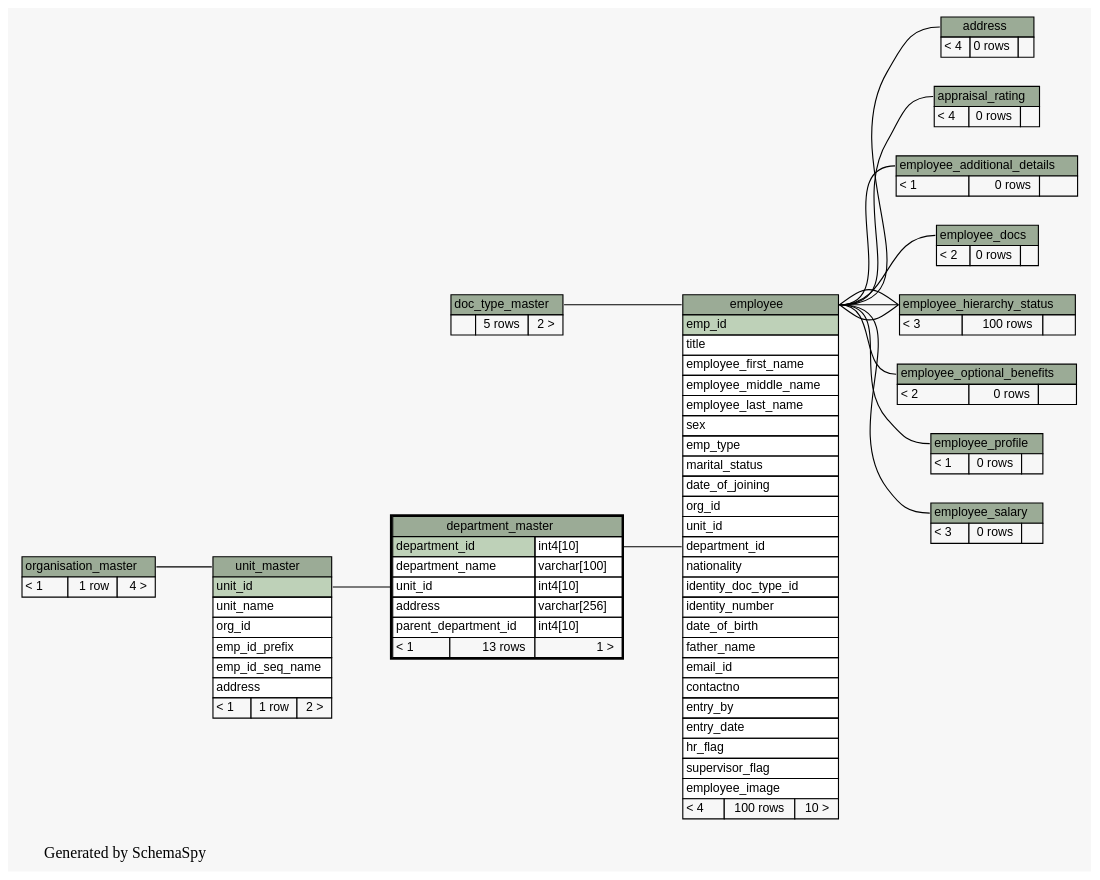
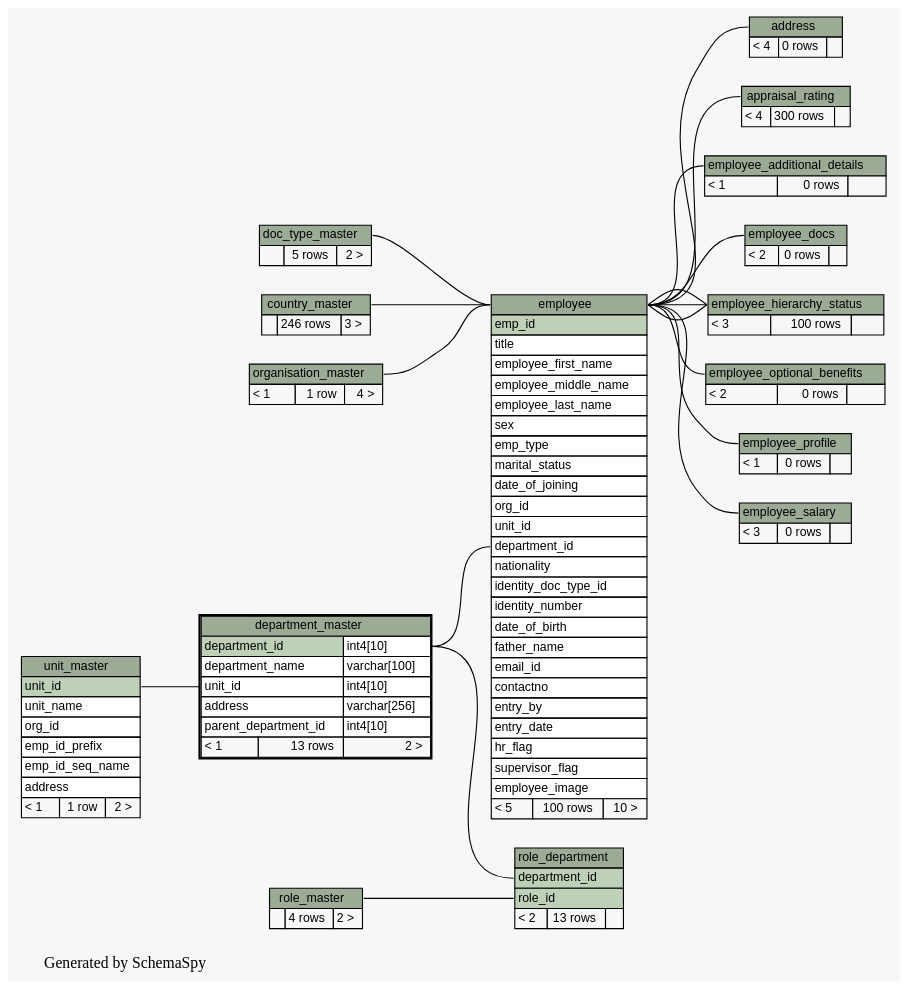
One commit to engineerscraft/hrms changed the diagram in docs/database/schemaspy/graphs/department_master.2degrees.dot. Above: the diagram before and after it, drawn with Graphviz. The commit also changed 204 other files, not shown here.

```diff
--- a/docs/database/schemaspy/graphs/department_master.2degrees.dot
+++ b/docs/database/schemaspy/graphs/department_master.2degrees.dot
@@ -19,15 +19,18 @@
   "department_master":"unit_id":w -> "unit_master":"unit_id":e [arrowtail=crowodot arrowhead=none];
   "employee":"department_id":w -> "department_master":"department_id.type":e [arrowtail=crowodot arrowhead=none];
   "employee":"employee.heading":w -> "doc_type_master":"doc_type_master.heading":e [arrowtail=crowodot arrowhead=none];
+  "employee":"employee.heading":w -> "country_master":"country_master.heading":e [arrowtail=crowodot arrowhead=none];
+  "employee":"employee.heading":w -> "organisation_master":"organisation_master.heading":e [arrowtail=crowodot arrowhead=none];
   "employee_additional_details":"employee_additional_details.heading":w -> "employee":"employee.heading":e [arrowtail=tee arrowhead=none];
-  "employee_docs":"employee_docs.heading":w -> "employee":"employee.heading":e [arrowtail=crowtee arrowhead=none];
+  "employee_docs":"employee_docs.heading":w -> "employee":"employee.heading":e [arrowtail=crowodot arrowhead=none];
   "employee_hierarchy_status":"employee_hierarchy_status.heading":w -> "employee":"employee.heading":e [arrowtail=tee arrowhead=none];
   "employee_hierarchy_status":"employee_hierarchy_status.heading":w -> "employee":"employee.heading":e [arrowtail=crowodot arrowhead=none];
   "employee_hierarchy_status":"employee_hierarchy_status.heading":w -> "employee":"employee.heading":e [arrowtail=crowodot arrowhead=none];
   "employee_optional_benefits":"employee_optional_benefits.heading":w -> "employee":"employee.heading":e [arrowtail=crowodot arrowhead=none];
   "employee_profile":"employee_profile.heading":w -> "employee":"employee.heading":e [arrowtail=tee arrowhead=none];
   "employee_salary":"employee_salary.heading":w -> "employee":"employee.heading":e [arrowtail=crowtee arrowhead=none];
-  "unit_master":"unit_master.heading":w -> "organisation_master":"organisation_master.heading":e [arrowtail=crowodot arrowhead=none];
+  "role_department":"department_id":w -> "department_master":"department_id.type":e [arrowtail=crowtee arrowhead=none];
+  "role_department":"role_id":w -> "role_master":"role_master.heading":e [arrowtail=crowtee arrowhead=none];
   "address" [
     label=<
     <TABLE BORDER="0" CELLBORDER="1" CELLSPACING="0" BGCOLOR="#ffffff">
@@ -41,10 +44,19 @@
     label=<
     <TABLE BORDER="0" CELLBORDER="1" CELLSPACING="0" BGCOLOR="#ffffff">
       <TR><TD PORT="appraisal_rating.heading" COLSPAN="3" BGCOLOR="#9bab96" ALIGN="CENTER">appraisal_rating</TD></TR>
-      <TR><TD ALIGN="LEFT" BGCOLOR="#f7f7f7">&lt; 4</TD><TD ALIGN="RIGHT" BGCOLOR="#f7f7f7">0 rows</TD><TD ALIGN="RIGHT" BGCOLOR="#f7f7f7">  </TD></TR>
+      <TR><TD ALIGN="LEFT" BGCOLOR="#f7f7f7">&lt; 4</TD><TD ALIGN="RIGHT" BGCOLOR="#f7f7f7">300 rows</TD><TD ALIGN="RIGHT" BGCOLOR="#f7f7f7">  </TD></TR>
     </TABLE>>
     URL="appraisal_rating.html#graph"
     tooltip="appraisal_rating"
+  ];
+  "country_master" [
+    label=<
+    <TABLE BORDER="0" CELLBORDER="1" CELLSPACING="0" BGCOLOR="#ffffff">
+      <TR><TD PORT="country_master.heading" COLSPAN="3" BGCOLOR="#9bab96" ALIGN="CENTER">country_master</TD></TR>
+      <TR><TD ALIGN="LEFT" BGCOLOR="#f7f7f7">  </TD><TD ALIGN="RIGHT" BGCOLOR="#f7f7f7">246 rows</TD><TD ALIGN="RIGHT" BGCOLOR="#f7f7f7">3 &gt;</TD></TR>
+    </TABLE>>
+    URL="country_master.html#graph"
+    tooltip="country_master"
   ];
   "department_master" [
     label=<
@@ -55,7 +67,7 @@
       <TR><TD PORT="unit_id" COLSPAN="2" ALIGN="LEFT">unit_id</TD><TD PORT="unit_id.type" ALIGN="LEFT">int4[10]</TD></TR>
       <TR><TD PORT="address" COLSPAN="2" ALIGN="LEFT">address</TD><TD PORT="address.type" ALIGN="LEFT">varchar[256]</TD></TR>
       <TR><TD PORT="parent_department_id" COLSPAN="2" ALIGN="LEFT">parent_department_id</TD><TD PORT="parent_department_id.type" ALIGN="LEFT">int4[10]</TD></TR>
-      <TR><TD ALIGN="LEFT" BGCOLOR="#f7f7f7">&lt; 1</TD><TD ALIGN="RIGHT" BGCOLOR="#f7f7f7">13 rows</TD><TD ALIGN="RIGHT" BGCOLOR="#f7f7f7">1 &gt;</TD></TR>
+      <TR><TD ALIGN="LEFT" BGCOLOR="#f7f7f7">&lt; 1</TD><TD ALIGN="RIGHT" BGCOLOR="#f7f7f7">13 rows</TD><TD ALIGN="RIGHT" BGCOLOR="#f7f7f7">2 &gt;</TD></TR>
     </TABLE>>
     URL="department_master.html#"
     tooltip="department_master"
@@ -97,7 +109,7 @@
       <TR><TD PORT="hr_flag" COLSPAN="3" ALIGN="LEFT">hr_flag</TD></TR>
       <TR><TD PORT="supervisor_flag" COLSPAN="3" ALIGN="LEFT">supervisor_flag</TD></TR>
       <TR><TD PORT="employee_image" COLSPAN="3" ALIGN="LEFT">employee_image</TD></TR>
-      <TR><TD ALIGN="LEFT" BGCOLOR="#f7f7f7">&lt; 4</TD><TD ALIGN="RIGHT" BGCOLOR="#f7f7f7">100 rows</TD><TD ALIGN="RIGHT" BGCOLOR="#f7f7f7">10 &gt;</TD></TR>
+      <TR><TD ALIGN="LEFT" BGCOLOR="#f7f7f7">&lt; 5</TD><TD ALIGN="RIGHT" BGCOLOR="#f7f7f7">100 rows</TD><TD ALIGN="RIGHT" BGCOLOR="#f7f7f7">10 &gt;</TD></TR>
     </TABLE>>
     URL="employee.html#graph"
     tooltip="employee"
@@ -165,6 +177,26 @@
     URL="organisation_master.html#graph"
     tooltip="organisation_master"
   ];
+  "role_department" [
+    label=<
+    <TABLE BORDER="0" CELLBORDER="1" CELLSPACING="0" BGCOLOR="#ffffff">
+      <TR><TD PORT="role_department.heading" COLSPAN="3" BGCOLOR="#9bab96" ALIGN="CENTER">role_department</TD></TR>
+      <TR><TD PORT="department_id" COLSPAN="3" BGCOLOR="#bed1b8" ALIGN="LEFT">department_id</TD></TR>
+      <TR><TD PORT="role_id" COLSPAN="3" BGCOLOR="#bed1b8" ALIGN="LEFT">role_id</TD></TR>
+      <TR><TD ALIGN="LEFT" BGCOLOR="#f7f7f7">&lt; 2</TD><TD ALIGN="RIGHT" BGCOLOR="#f7f7f7">13 rows</TD><TD ALIGN="RIGHT" BGCOLOR="#f7f7f7">  </TD></TR>
+    </TABLE>>
+    URL="role_department.html#graph"
+    tooltip="role_department"
+  ];
+  "role_master" [
+    label=<
+    <TABLE BORDER="0" CELLBORDER="1" CELLSPACING="0" BGCOLOR="#ffffff">
+      <TR><TD PORT="role_master.heading" COLSPAN="3" BGCOLOR="#9bab96" ALIGN="CENTER">role_master</TD></TR>
+      <TR><TD ALIGN="LEFT" BGCOLOR="#f7f7f7">  </TD><TD ALIGN="RIGHT" BGCOLOR="#f7f7f7">4 rows</TD><TD ALIGN="RIGHT" BGCOLOR="#f7f7f7">2 &gt;</TD></TR>
+    </TABLE>>
+    URL="role_master.html#graph"
+    tooltip="role_master"
+  ];
   "unit_master" [
     label=<
     <TABLE BORDER="0" CELLBORDER="1" CELLSPACING="0" BGCOLOR="#ffffff">
```
